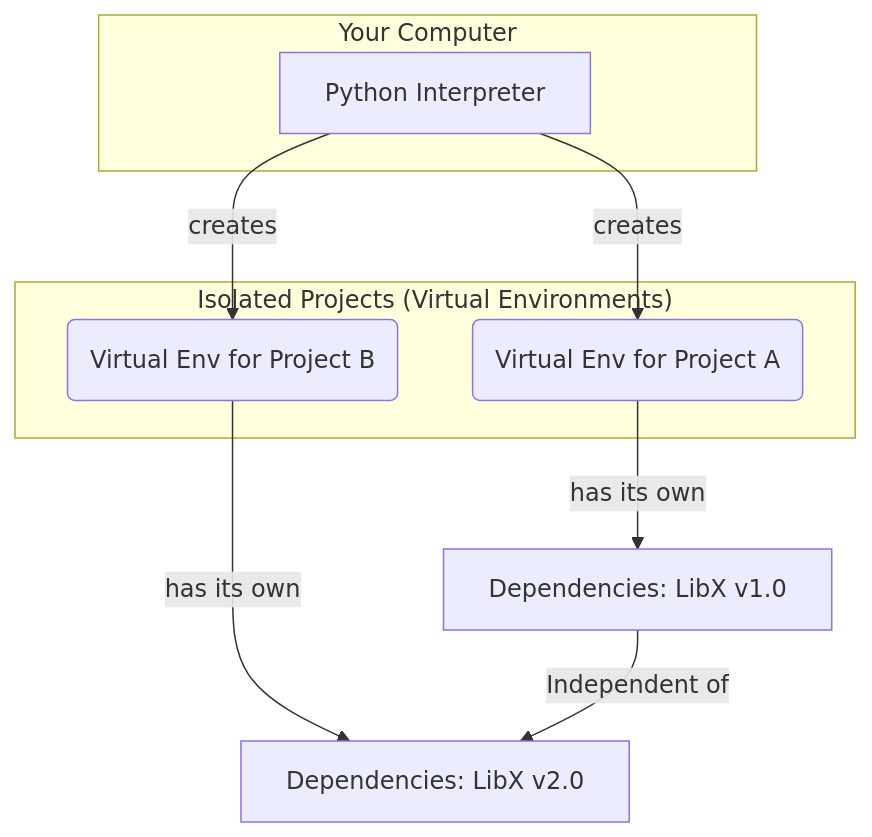
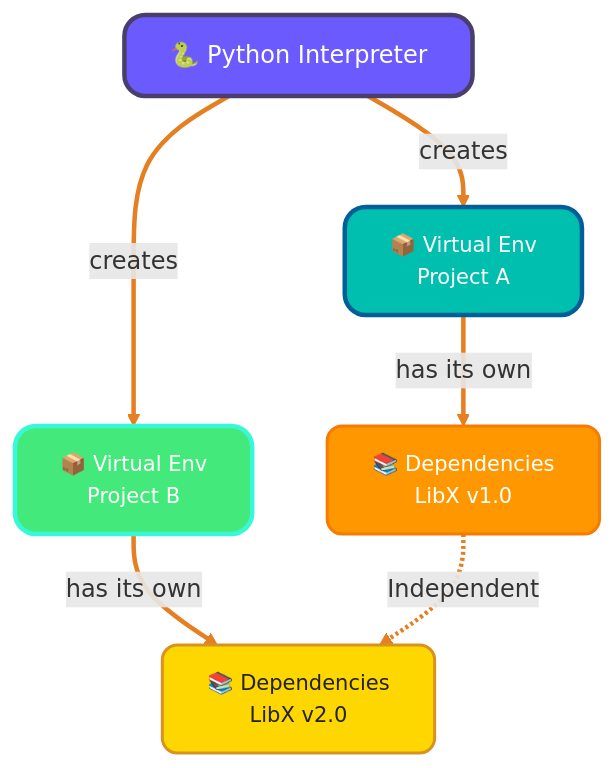
One commit to infoyouth/infoyouth.github.io changed the first of 6 diagrams in _posts/python/2025-12-09-21.-virtual-environments-and-package-management.md. Above: the diagram before and after it, drawn with Mermaid. The commit also changed other lines of this file, not shown here.

Commit message:
feat: add virtual env & package mgmt post

````diff
--- a/_posts/python/2025-12-09-21.-virtual-environments-and-package-management.md
+++ b/_posts/python/2025-12-09-21.-virtual-environments-and-package-management.md
@@ -32,19 +59,22 @@
 ```mermaid
 graph TD
-    subgraph "Your Computer"
-        A[Python Interpreter]
-    end
-
-    subgraph "Isolated Projects (Virtual Environments)"
-        B(Virtual Env for Project A)
-        C(Virtual Env for Project B)
-    end
+    A["🐍 Python Interpreter"]:::mainPython
+    B["📦 Virtual Env<br/>Project A"]:::envA
+    C["📦 Virtual Env<br/>Project B"]:::envB
+    D["📚 Dependencies<br/>LibX v1.0"]:::depA
+    E["📚 Dependencies<br/>LibX v2.0"]:::depB
 
     A -- "creates" --> B
     A -- "creates" --> C
+    B -- "has its own" --> D
+    C -- "has its own" --> E
+    D -. "Independent" .-> E
 
-    B -- "has its own" --> D[Dependencies: LibX v1.0]
-    C -- "has its own" --> E[Dependencies: LibX v2.0]
+    classDef mainPython fill:#6b5bff,stroke:#4a3f6b,color:#fff,font-size:16px,stroke-width:3px,rx:14
+    classDef envA fill:#00bfae,stroke:#005f99,color:#fff,font-size:14px,stroke-width:3px,rx:14
+    classDef envB fill:#43e97b,stroke:#38f9d7,color:#fff,font-size:14px,stroke-width:3px,rx:14
+    classDef depA fill:#ff9800,stroke:#f57c00,color:#fff,font-size:14px,stroke-width:2px,rx:10
+    classDef depB fill:#ffd700,stroke:#d99120,color:#222,font-size:14px,stroke-width:2px,rx:10
 
-    D -- "Independent of" --> E
+    linkStyle default stroke:#e67e22,stroke-width:3px
 ```
````
